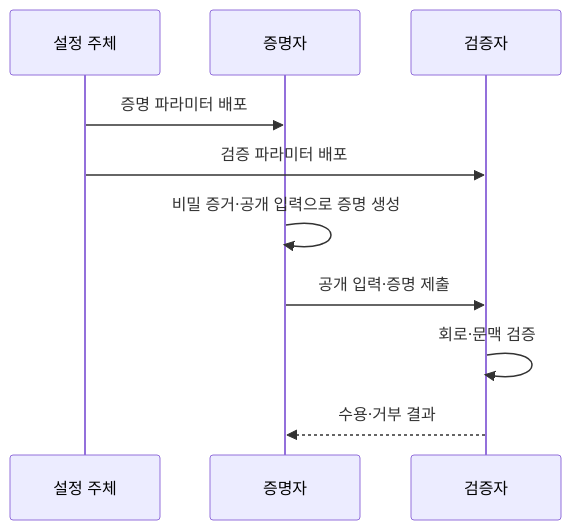
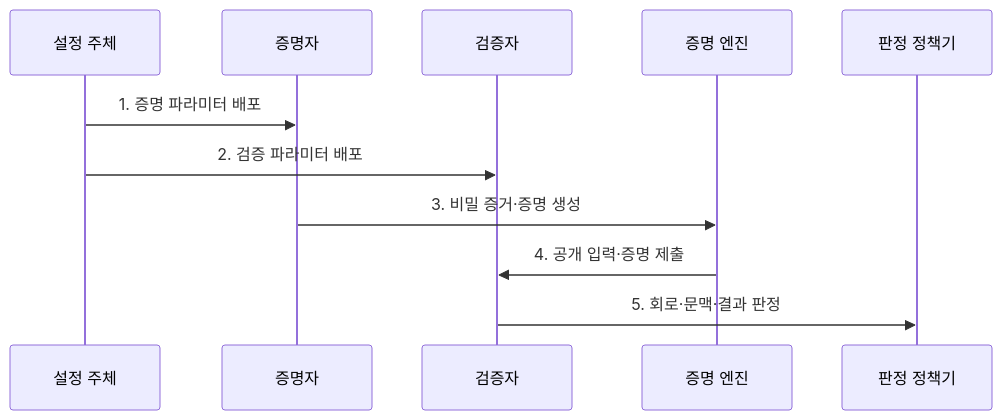
The second of 2 diagrams in src/content/docs/notes/05-security/016_zero_knowledge_proof.md (agnusdei1207/knowledge-base), drawn with Mermaid before and after one commit. The commit also changed other lines of this file and 22 other files, not shown here.

````diff
--- a/src/content/docs/notes/05-security/016_zero_knowledge_proof.md
+++ b/src/content/docs/notes/05-security/016_zero_knowledge_proof.md
@@ -91,12 +89,13 @@
 ```mermaid
 sequenceDiagram
     participant S as 설정 주체
     participant P as 증명자
     participant V as 검증자
-    S->>P: 증명 파라미터 배포
-    S->>V: 검증 파라미터 배포
-    P->>P: 비밀 증거·공개 입력으로 증명 생성
-    P->>V: 공개 입력·증명 제출
-    V->>V: 회로·문맥 검증
-    V-->>P: 수용·거부 결과
+    participant E as 증명 엔진
+    participant D as 판정 정책기
+    S->>P: 1. 증명 파라미터 배포
+    S->>V: 2. 검증 파라미터 배포
+    P->>E: 3. 비밀 증거·증명 생성
+    E->>V: 4. 공개 입력·증명 제출
+    V->>D: 5. 회로·문맥·결과 판정
 ```
````
